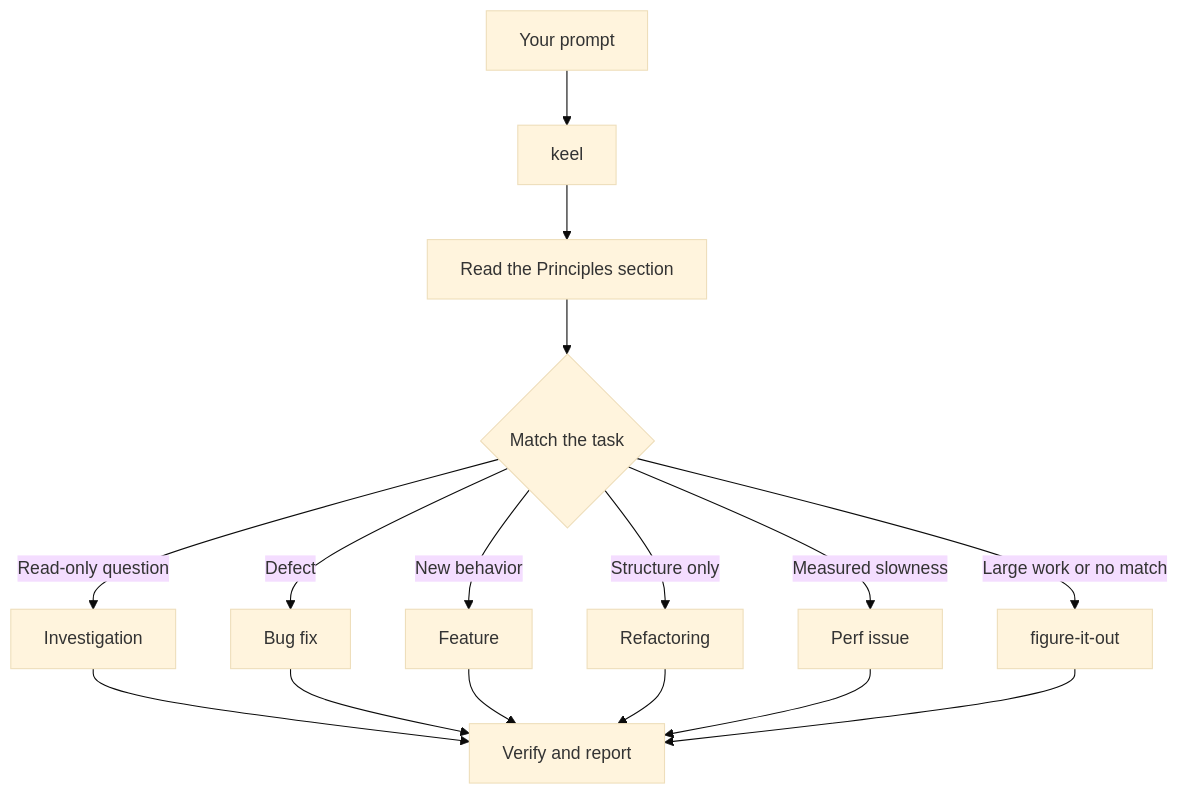
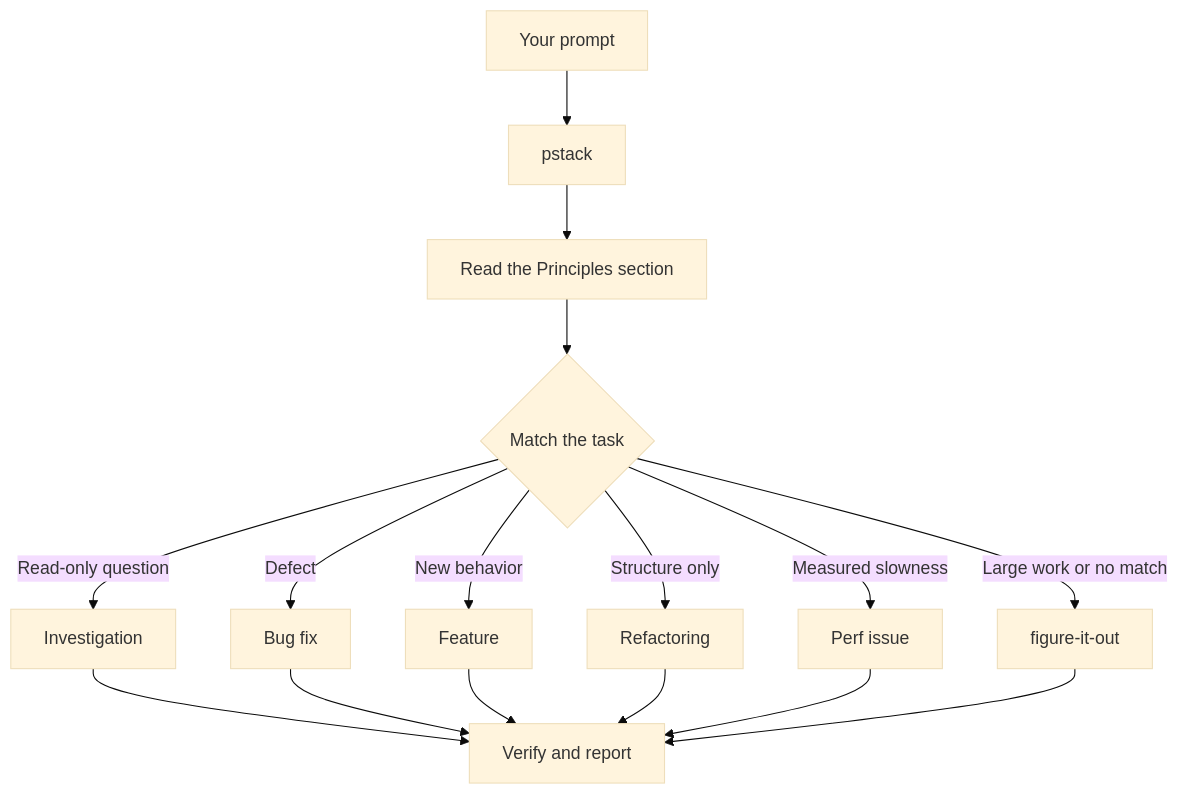
Before and after one commit to ThewindMom/grok-pstack: the diagram in docs/guide/02-keel.md, drawn with Mermaid (base theme). The commit also changed other lines of this file and 83 other files, not shown here.

First line of the commit message:
Rename keel to pstack / poteto-mode for Grok Build.

````diff
--- a/docs/guide/02-keel.md
+++ b/docs/guide/02-keel.md
@@ -9,18 +9,18 @@
 ```mermaid
 flowchart TD
-    A[Your prompt] --> B[keel]
+    A[Your prompt] --> B[pstack]
     B --> C[Read the Principles section]
     C --> D{Match the task}
     D -->|Read-only question| E[Investigation]
     D -->|Defect| F[Bug fix]
     D -->|New behavior| G[Feature]
     D -->|Structure only| H[Refactoring]
     D -->|Measured slowness| I[Perf issue]
     D -->|Large work or no match| J[figure-it-out]
     E --> K[Verify and report]
     F --> K
     G --> K
     H --> K
     I --> K
     J --> K
 ```
````
